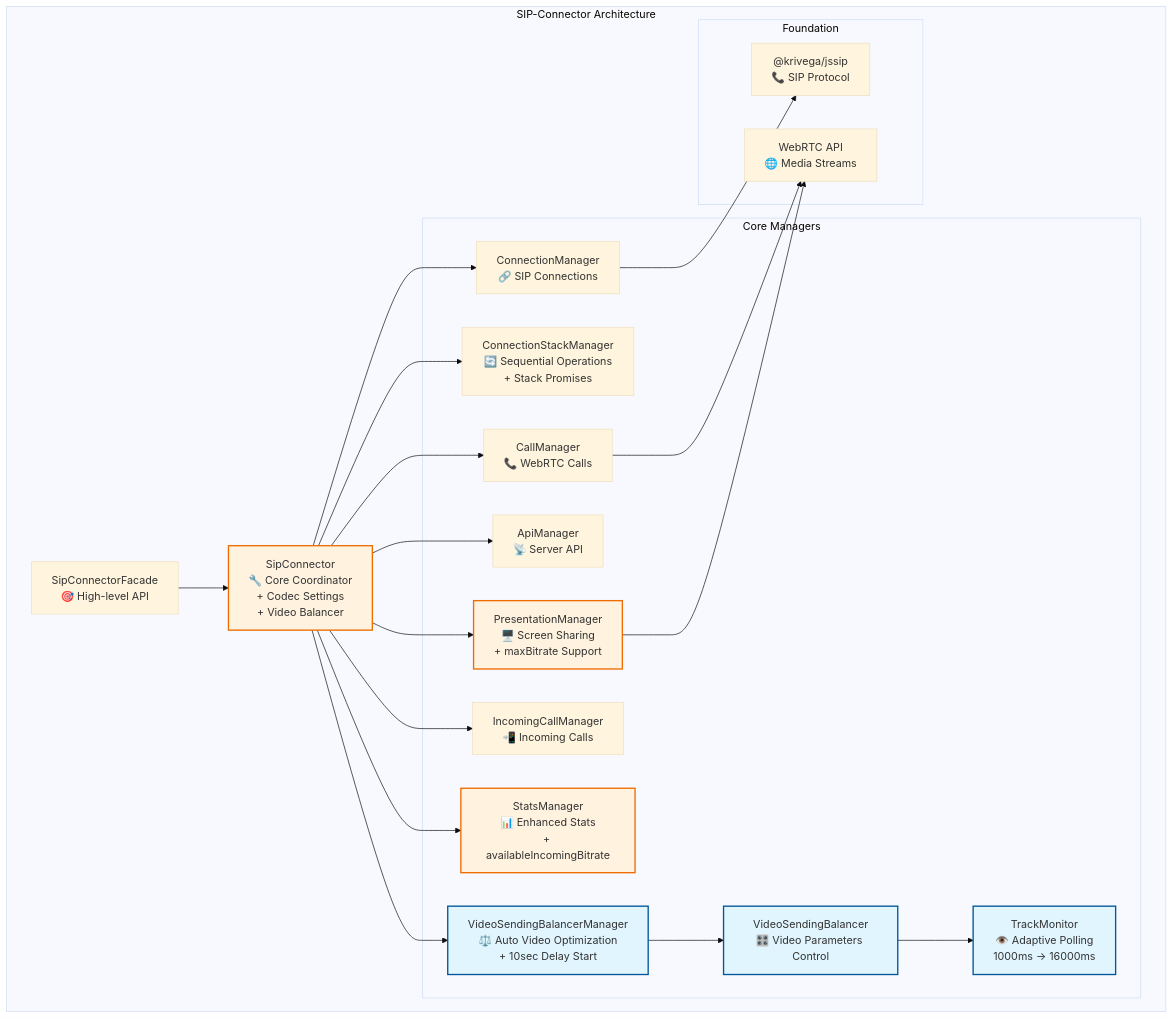
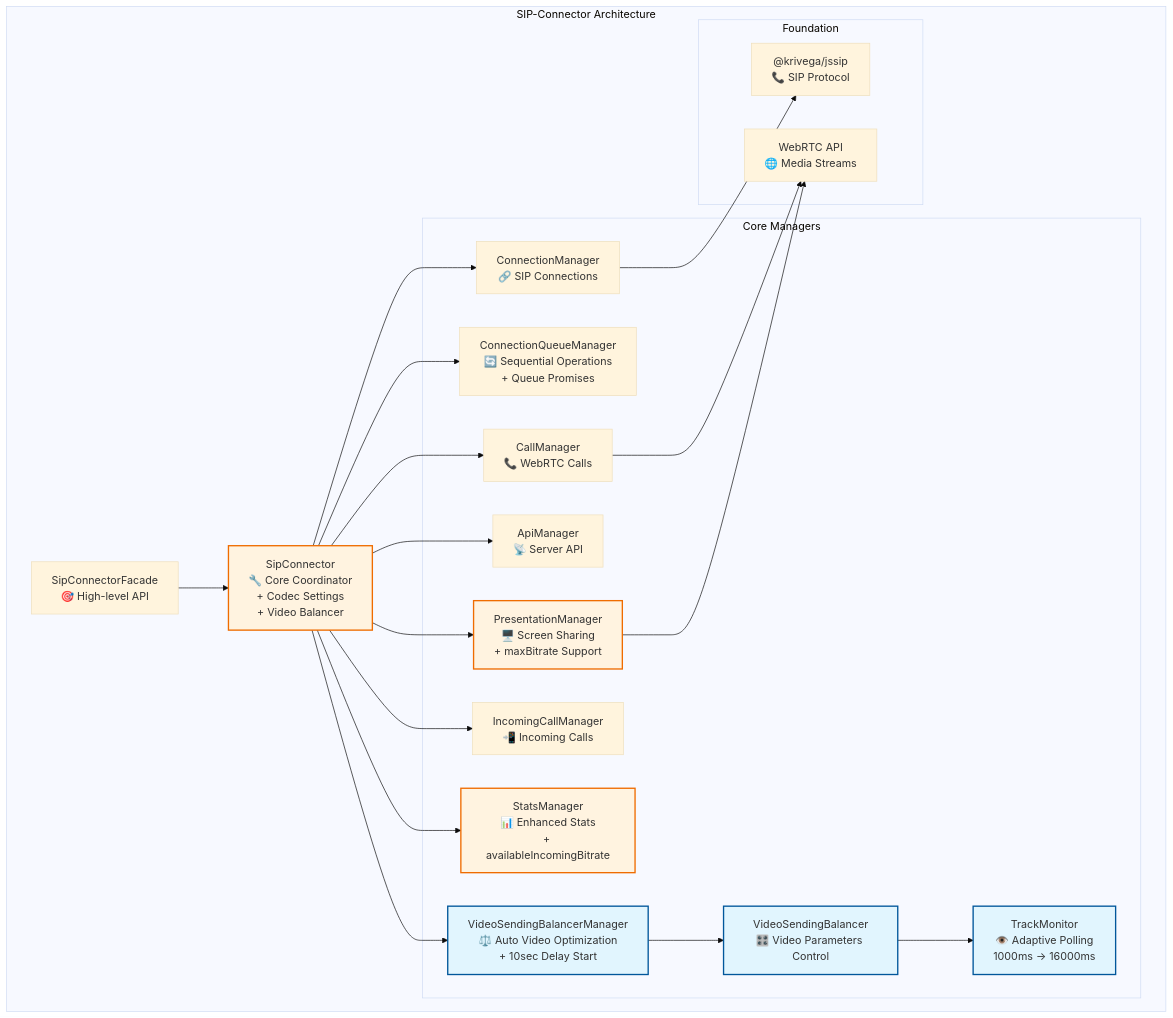
Before and after one commit to Krivega/sip-connector: the first of 2 diagrams in docs/arch.md, drawn with Mermaid (base theme). The commit also changed other lines of this file and 6 other files, not shown here.

Commit message:
refactor: rename ConnectionStackManager to ConnectionQueueManager and update related documentation

````diff
--- a/docs/arch.md
+++ b/docs/arch.md
@@ -424,47 +424,47 @@
 ```mermaid
 graph TB
     subgraph "SIP-Connector Architecture"
         A["SipConnectorFacade<br/>🎯 High-level API"]
         B["SipConnector<br/>🔧 Core Coordinator<br/>+ Codec Settings<br/>+ Video Balancer"]
 
         subgraph "Core Managers"
             C["ConnectionManager<br/>🔗 SIP Connections"]
             D["CallManager<br/>📞 WebRTC Calls"]
             E["ApiManager<br/>📡 Server API"]
             F["PresentationManager<br/>🖥️ Screen Sharing<br/>+ maxBitrate Support"]
             G["IncomingCallManager<br/>📲 Incoming Calls"]
             H["StatsManager<br/>📊 Enhanced Stats<br/>+ availableIncomingBitrate"]
             I["VideoSendingBalancerManager<br/>⚖️ Auto Video Optimization<br/>+ 10sec Delay Start"]
             J["VideoSendingBalancer<br/>🎛️ Video Parameters Control"]
             K["TrackMonitor<br/>👁️ Adaptive Polling<br/>1000ms → 16000ms"]
-            L["ConnectionStackManager<br/>🔄 Sequential Operations<br/>+ Stack Promises"]
+            L["ConnectionQueueManager<br/>🔄 Sequential Operations<br/>+ Queue Promises"]
         end
 
         subgraph "Foundation"
             M["@krivega/jssip<br/>📞 SIP Protocol"]
             N["WebRTC API<br/>🌐 Media Streams"]
         end
 
         A --> B
         B --> C
         B --> L
         B --> D
         B --> E
         B --> F
         B --> G
         B --> H
         B --> I
         I --> J
         J --> K
         D --> N
         F --> N
         C --> M
     end
 
     style I fill:#e1f5fe,stroke:#01579b,stroke-width:2px
     style J fill:#e1f5fe,stroke:#01579b,stroke-width:2px
     style K fill:#e1f5fe,stroke:#01579b,stroke-width:2px
     style B fill:#fff3e0,stroke:#ef6c00,stroke-width:2px
     style F fill:#fff3e0,stroke:#ef6c00,stroke-width:2px
     style H fill:#fff3e0,stroke:#ef6c00,stroke-width:2px
 ```
````
